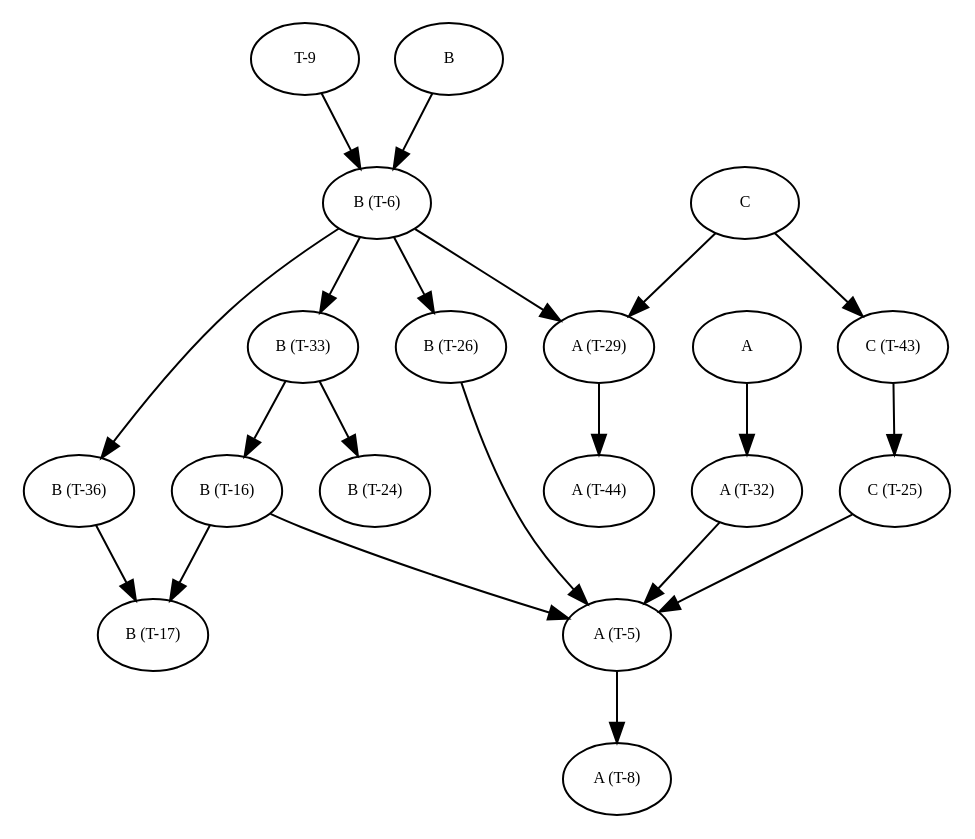
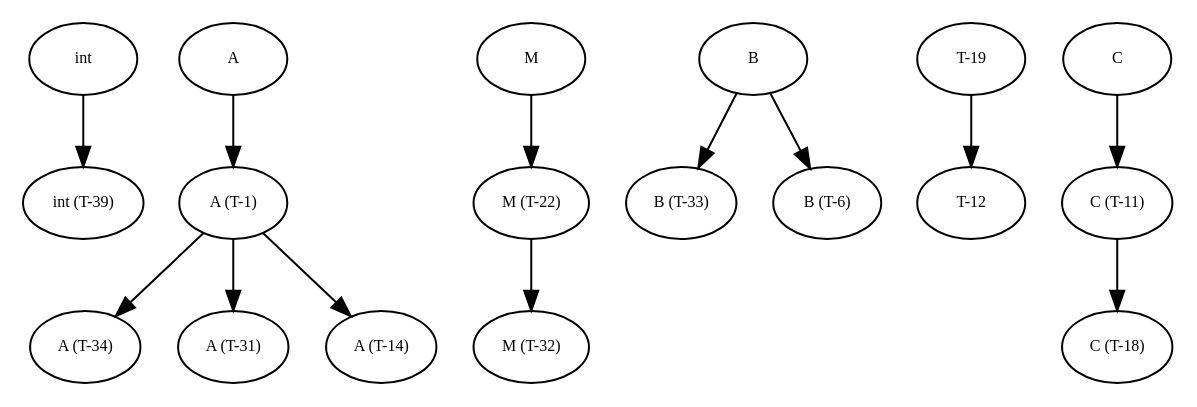
Before and after one commit to amso100/livescript-declarations: the diagram in graphs/debug_tree0.dot, drawn with Graphviz. The commit also changed 8 other files, not shown here.

```diff
--- a/graphs/debug_tree0.dot
+++ b/graphs/debug_tree0.dot
@@ -1,171 +1,139 @@
 digraph RGL__DirectedAdjacencyGraph {
-    "A (T-29)" [
+    int [
         fontsize = 8,
-        label = "A (T-29)"
+        label = int
     ]
 
-    "A (T-44)" [
+    "int (T-39)" [
         fontsize = 8,
-        label = "A (T-44)"
+        label = "int (T-39)"
     ]
 
-    "C (T-43)" [
+    "A (T-1)" [
         fontsize = 8,
-        label = "C (T-43)"
+        label = "A (T-1)"
     ]
 
-    "C (T-25)" [
+    "A (T-34)" [
         fontsize = 8,
-        label = "C (T-25)"
+        label = "A (T-34)"
     ]
 
-    "A (T-5)" [
+    "A (T-31)" [
         fontsize = 8,
-        label = "A (T-5)"
+        label = "A (T-31)"
     ]
 
-    "A (T-8)" [
+    "A (T-14)" [
         fontsize = 8,
-        label = "A (T-8)"
+        label = "A (T-14)"
+    ]
+
+    "M (T-22)" [
+        fontsize = 8,
+        label = "M (T-22)"
+    ]
+
+    "M (T-32)" [
+        fontsize = 8,
+        label = "M (T-32)"
+    ]
+
+    B [
+        fontsize = 8,
+        label = B
     ]
 
     "B (T-33)" [
         fontsize = 8,
         label = "B (T-33)"
     ]
 
-    "B (T-24)" [
+    "B (T-6)" [
         fontsize = 8,
-        label = "B (T-24)"
+        label = "B (T-6)"
     ]
 
-    "B (T-16)" [
+    M [
         fontsize = 8,
-        label = "B (T-16)"
+        label = M
     ]
 
-    "B (T-17)" [
+    "T-19" [
         fontsize = 8,
-        label = "B (T-17)"
+        label = "T-19"
+    ]
+
+    "T-12" [
+        fontsize = 8,
+        label = "T-12"
+    ]
+
+    "C (T-11)" [
+        fontsize = 8,
+        label = "C (T-11)"
+    ]
+
+    "C (T-18)" [
+        fontsize = 8,
+        label = "C (T-18)"
     ]
 
     C [
         fontsize = 8,
         label = C
     ]
 
-    "B (T-36)" [
-        fontsize = 8,
-        label = "B (T-36)"
-    ]
-
-    "B (T-6)" [
-        fontsize = 8,
-        label = "B (T-6)"
-    ]
-
-    "B (T-26)" [
-        fontsize = 8,
-        label = "B (T-26)"
-    ]
-
-    "A (T-32)" [
-        fontsize = 8,
-        label = "A (T-32)"
-    ]
-
     A [
         fontsize = 8,
         label = A
     ]
 
-    "T-9" [
-        fontsize = 8,
-        label = "T-9"
-    ]
-
-    B [
-        fontsize = 8,
-        label = B
-    ]
-
-    "A (T-29)" -> "A (T-44)" [
+    int -> "int (T-39)" [
         fontsize = 8
     ]
 
-    "C (T-43)" -> "C (T-25)" [
+    "A (T-1)" -> "A (T-34)" [
         fontsize = 8
     ]
 
-    "C (T-25)" -> "A (T-5)" [
+    "A (T-1)" -> "A (T-31)" [
         fontsize = 8
     ]
 
-    "A (T-5)" -> "A (T-8)" [
+    "A (T-1)" -> "A (T-14)" [
         fontsize = 8
     ]
 
-    "B (T-33)" -> "B (T-24)" [
+    "M (T-22)" -> "M (T-32)" [
         fontsize = 8
     ]
 
-    "B (T-33)" -> "B (T-16)" [
-        fontsize = 8
-    ]
-
-    "B (T-16)" -> "A (T-5)" [
-        fontsize = 8
-    ]
-
-    "B (T-16)" -> "B (T-17)" [
-        fontsize = 8
-    ]
-
-    C -> "C (T-43)" [
-        fontsize = 8
-    ]
-
-    C -> "A (T-29)" [
-        fontsize = 8
-    ]
-
-    "B (T-36)" -> "B (T-17)" [
-        fontsize = 8
-    ]
-
-    "B (T-6)" -> "B (T-36)" [
-        fontsize = 8
-    ]
-
-    "B (T-6)" -> "B (T-33)" [
-        fontsize = 8
-    ]
-
-    "B (T-6)" -> "A (T-29)" [
-        fontsize = 8
-    ]
-
-    "B (T-6)" -> "B (T-26)" [
-        fontsize = 8
-    ]
-
-    "B (T-26)" -> "A (T-5)" [
-        fontsize = 8
-    ]
-
-    "A (T-32)" -> "A (T-5)" [
-        fontsize = 8
-    ]
-
-    A -> "A (T-32)" [
-        fontsize = 8
-    ]
-
-    "T-9" -> "B (T-6)" [
+    B -> "B (T-33)" [
         fontsize = 8
     ]
 
     B -> "B (T-6)" [
         fontsize = 8
     ]
+
+    M -> "M (T-22)" [
+        fontsize = 8
+    ]
+
+    "T-19" -> "T-12" [
+        fontsize = 8
+    ]
+
+    "C (T-11)" -> "C (T-18)" [
+        fontsize = 8
+    ]
+
+    C -> "C (T-11)" [
+        fontsize = 8
+    ]
+
+    A -> "A (T-1)" [
+        fontsize = 8
+    ]
 }
```
